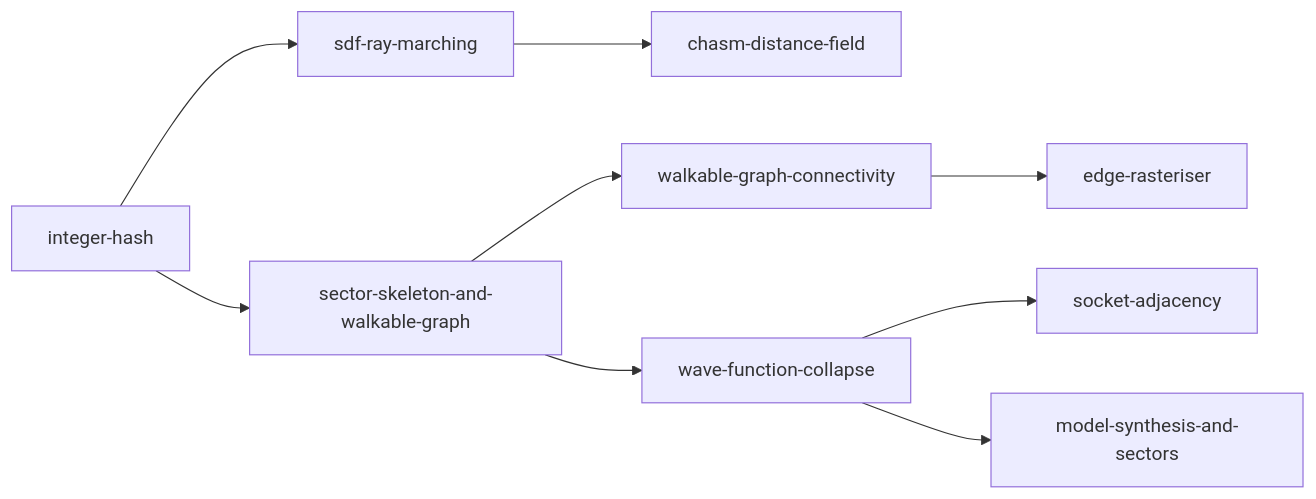
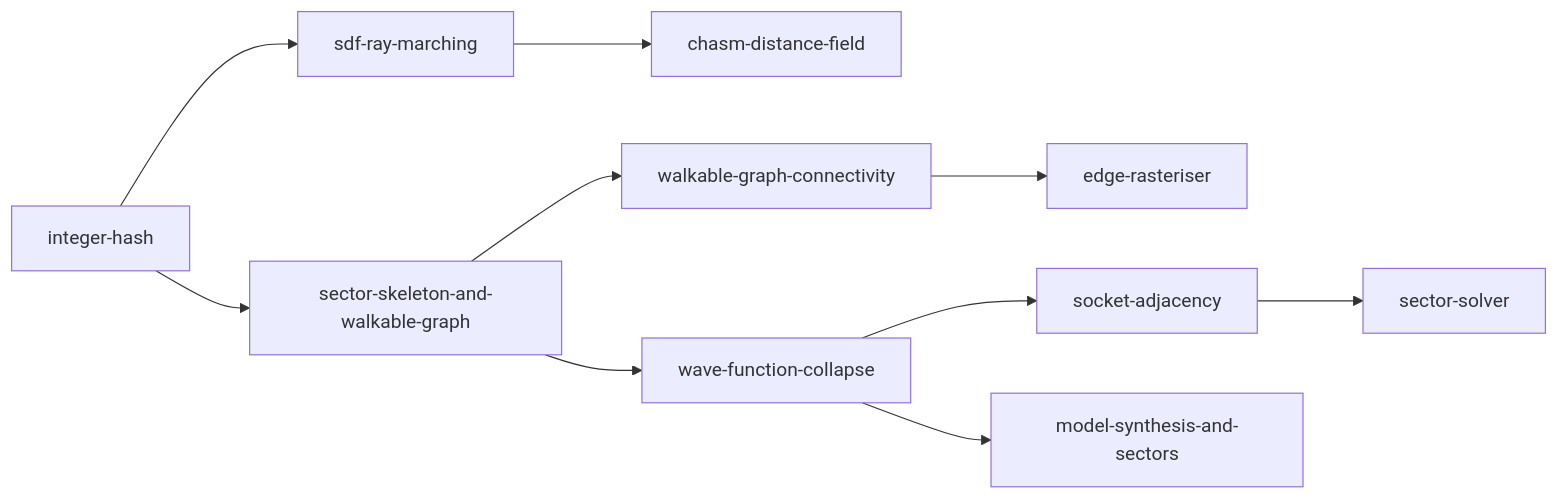
The diagram in docs/algorithms/README.md (seletz/megastructure), drawn with Mermaid before and after one commit. The commit also changed other lines of this file and 3 other files, not shown here.

Commit message:
docs(algorithms): add the sector solver note and link it from wave function collapse

````diff
--- a/docs/algorithms/README.md
+++ b/docs/algorithms/README.md
@@ -21,11 +21,12 @@
 ```mermaid
 flowchart LR
     H[integer-hash] --> R[sdf-ray-marching]
     R --> C[chasm-distance-field]
     H --> K[sector-skeleton-and-walkable-graph]
     K --> G[walkable-graph-connectivity]
     G --> E[edge-rasteriser]
     K --> W[wave-function-collapse]
     W --> S[socket-adjacency]
+    S --> V[sector-solver]
     W --> M[model-synthesis-and-sectors]
 ```
````
